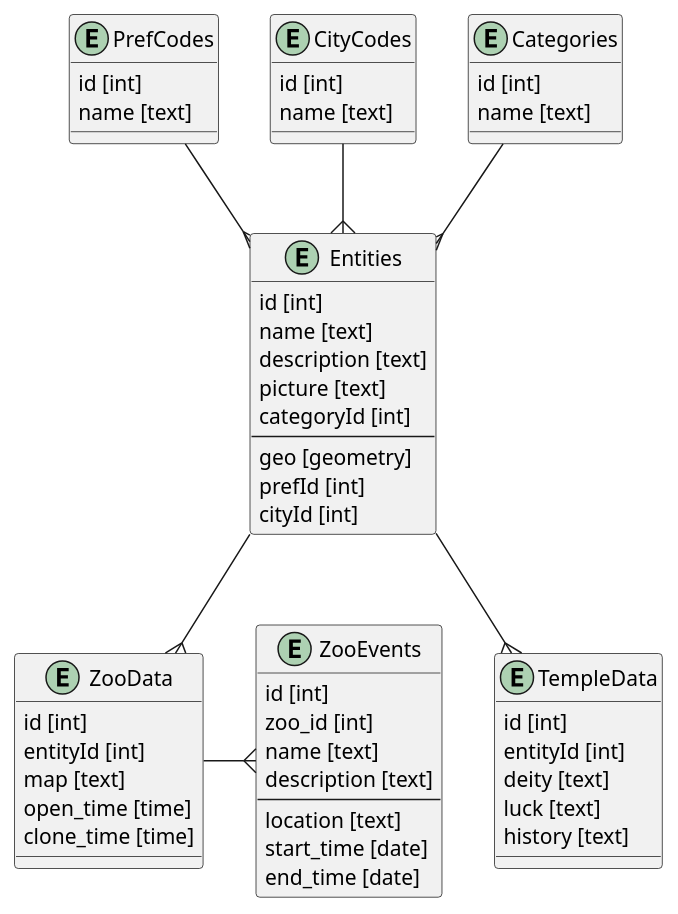
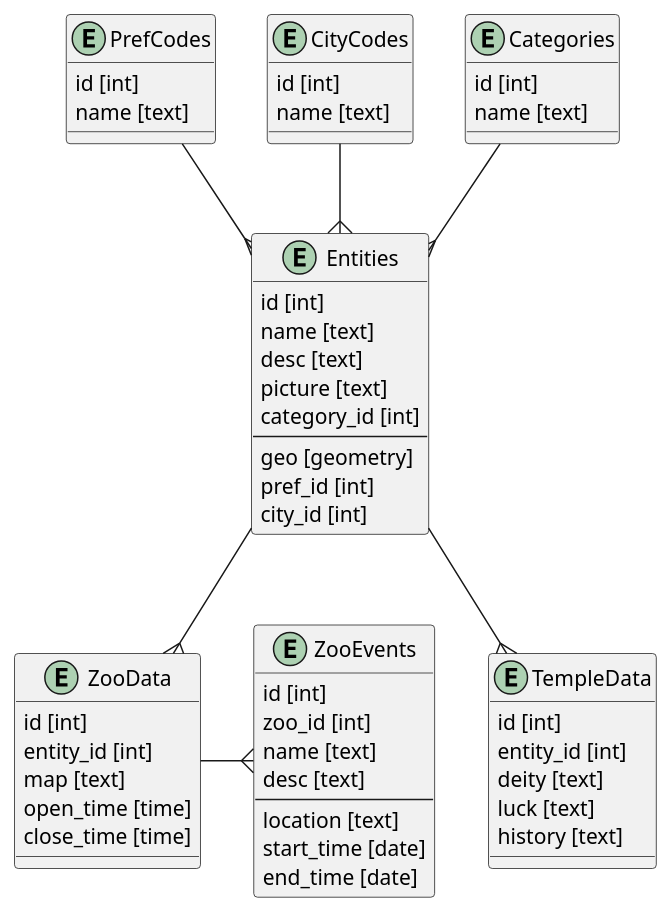
Before and after one commit to ProjectX-Tourismap/data-collection: the diagram in database.puml, drawn with PlantUML. The commit also changed 19 other files, not shown here.

```diff
--- a/database.puml
+++ b/database.puml
@@ -1,65 +1,65 @@
 @startuml
 
 entity PrefCodes {
 	id [int]
 	name [text]
 }
 
 entity CityCodes {
 	id [int]
 	name [text]
 }
 
 entity Categories {
 	id [int]
 	name [text]
 }
 
+entity Entities {
+    id [int]
+    name [text]
+    desc [text]
+    picture [text]
+    category_id [int]
+    ----
+    geo [geometry]
+    pref_id [int]
+    city_id [int]
+}
+
+entity ZooData {
+    id [int]
+    entity_id [int]
+    map [text]
+    open_time [time]
+    close_time [time]
+}
+
 entity ZooEvents {
 	id [int]
 	zoo_id [int]
 	name [text]
-	description [text]
+	desc [text]
 	---
 	location [text]
 	start_time [date]
 	end_time [date]
 }
 
-entity Entities {
-    id [int]
-    name [text]
-    description [text]
-    picture [text]
-    categoryId [int]
-    ----
-    geo [geometry]
-    prefId [int]
-    cityId [int]
-}
-
 entity TempleData {
     id [int]
-    entityId [int]
+    entity_id [int]
     deity [text]
     luck [text]
     history [text]
-}
-
-entity ZooData {
-    id [int]
-    entityId [int]
-    map [text]
-    open_time [time]
-    clone_time [time]
 }
 
 Entities --{ TempleData
 Entities --{ ZooData
 ZooData -{ ZooEvents
 
 PrefCodes --{ Entities
 CityCodes --{ Entities
 Categories --{ Entities
 
 @enduml
```
